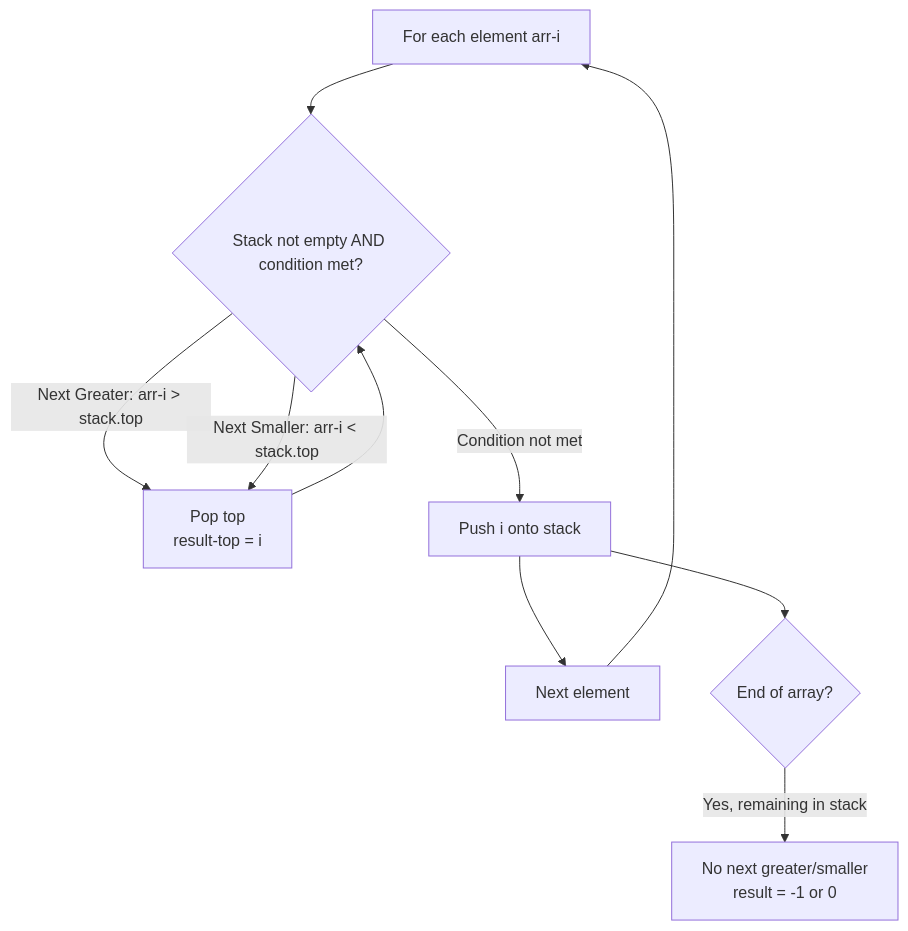
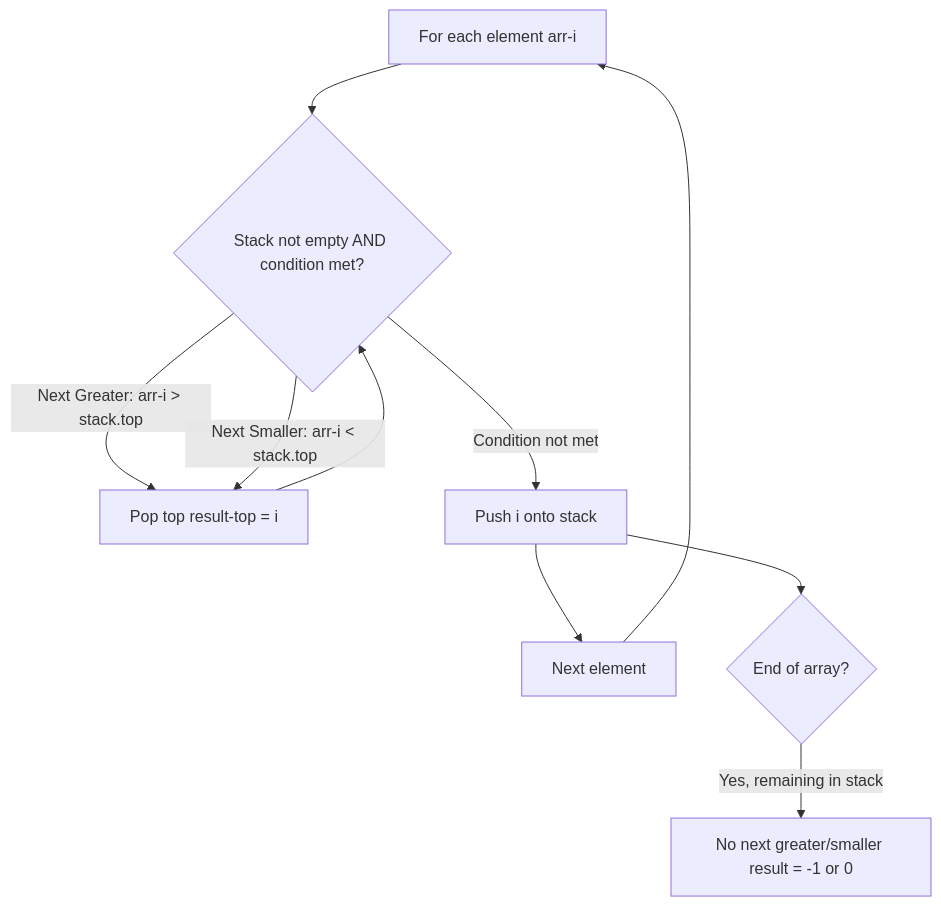
The second of 5 diagrams in stack/README.md (deepanshu-rawat6/AlgoAtlas), drawn with Mermaid before and after one commit. The commit also changed other lines of this file and 13 other files, not shown here.

````diff
--- a/stack/README.md
+++ b/stack/README.md
@@ -53,12 +53,12 @@
 ```mermaid
 flowchart TD
     A[For each element arr-i] --> B{"Stack not empty AND condition met?"}
-    B -->|Next Greater: arr-i > stack.top| C[Pop top<br>result-top = i]
+    B -->|Next Greater: arr-i > stack.top| C[Pop top result-top = i]
     B -->|Next Smaller: arr-i < stack.top| C
     C --> B
     B -->|Condition not met| D[Push i onto stack]
     D --> E[Next element]
     E --> A
     D --> F{"End of array?"}
-    F -->|Yes, remaining in stack| G[No next greater/smaller<br>result = -1 or 0]
+    F -->|Yes, remaining in stack| G[No next greater/smaller result = -1 or 0]
 ```
````
